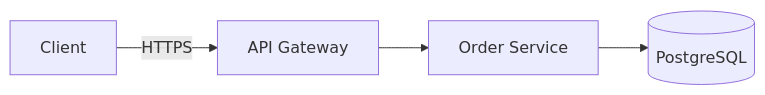
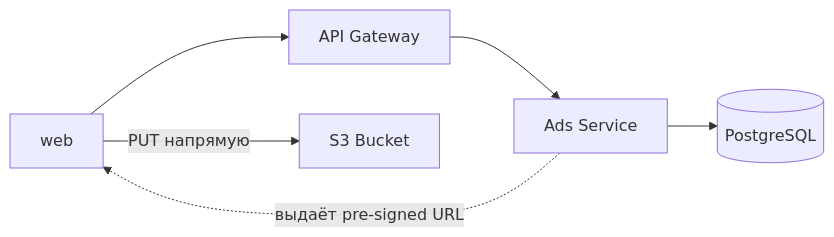
The first of 2 diagrams in hw_01/solution/README.md (alexeyminay/system-design-hw), drawn with Mermaid before and after one commit. The commit also changed other lines of this file, not shown here.

Commit message:
Схемы для двух сценариев

````diff
--- a/hw_01/solution/README.md
+++ b/hw_01/solution/README.md
@@ -40,6 +41,9 @@
 ```mermaid
-flowchart LR
-    Client -->|HTTPS| API[API Gateway]
-    API --> Svc[Order Service]
-    Svc --> DB[(PostgreSQL)]
+  flowchart LR
+   client[web] --> api[API Gateway]
+   api --> ads[Ads Service]
+   ads --> db[(PostgreSQL)]
+   ads -. выдаёт pre-signed URL .-> client
+   client -->|PUT напрямую| s3[S3 Bucket]
+    
 ```
````
